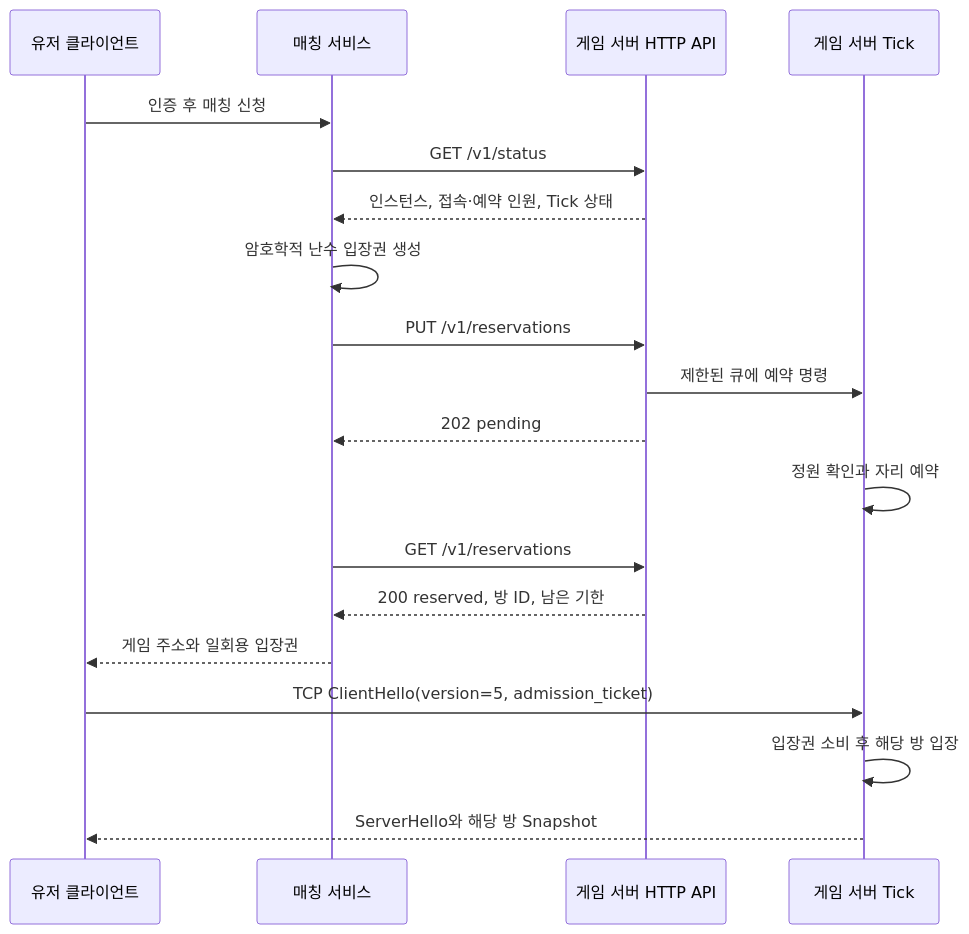
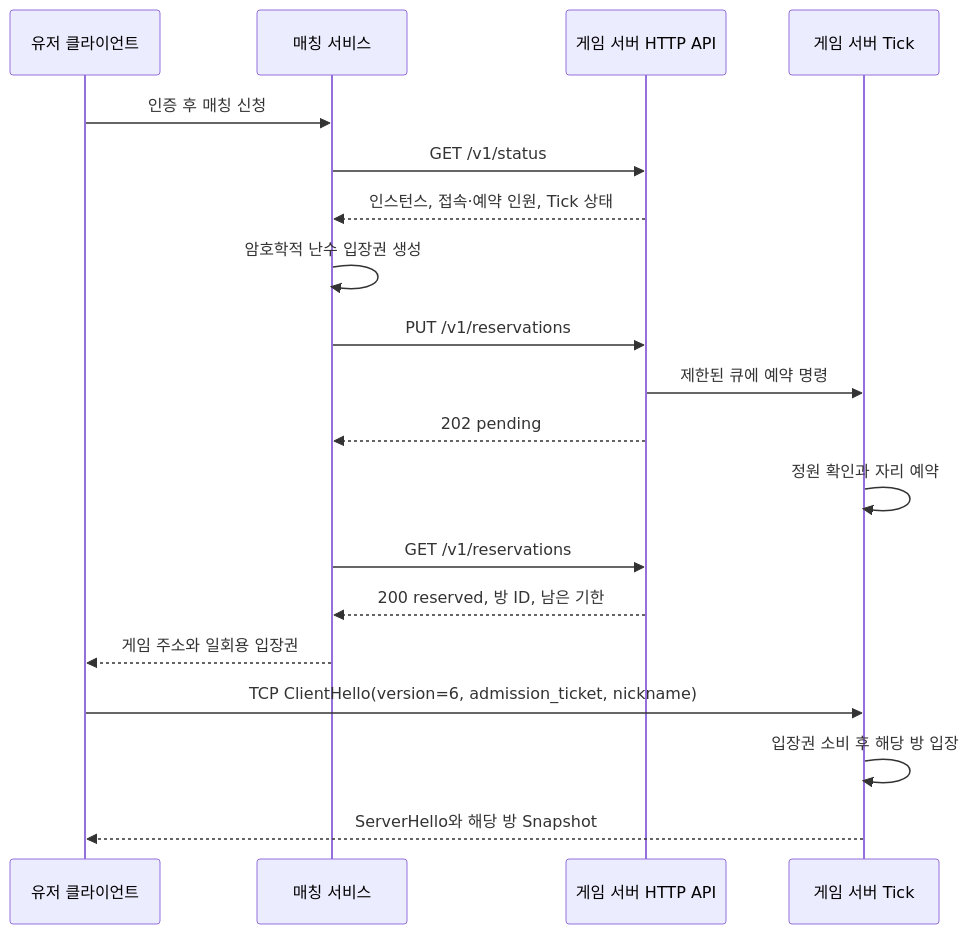
One commit to BaeJiwoo/MoongTangE changed the diagram in docs/MATCHMAKING_API.md. Above: the diagram before and after it, drawn with Mermaid. The commit also changed other lines of this file and 27 other files, not shown here.

Commit message:
Add nickname-aware client game flow (#43)

````diff
--- a/docs/MATCHMAKING_API.md
+++ b/docs/MATCHMAKING_API.md
@@ -9,21 +9,21 @@
 ```mermaid
 sequenceDiagram
     participant U as 유저 클라이언트
     participant M as 매칭 서비스
     participant A as 게임 서버 HTTP API
     participant T as 게임 서버 Tick
     U->>M: 인증 후 매칭 신청
     M->>A: GET /v1/status
     A-->>M: 인스턴스, 접속·예약 인원, Tick 상태
     M->>M: 암호학적 난수 입장권 생성
     M->>A: PUT /v1/reservations
     A->>T: 제한된 큐에 예약 명령
     A-->>M: 202 pending
     T->>T: 정원 확인과 자리 예약
     M->>A: GET /v1/reservations
     A-->>M: 200 reserved, 방 ID, 남은 기한
     M-->>U: 게임 주소와 일회용 입장권
-    U->>T: TCP ClientHello(version=5, admission_ticket)
+    U->>T: TCP ClientHello(version=6, admission_ticket, nickname)
     T->>T: 입장권 소비 후 해당 방 입장
     T-->>U: ServerHello와 해당 방 Snapshot
 ```
````
